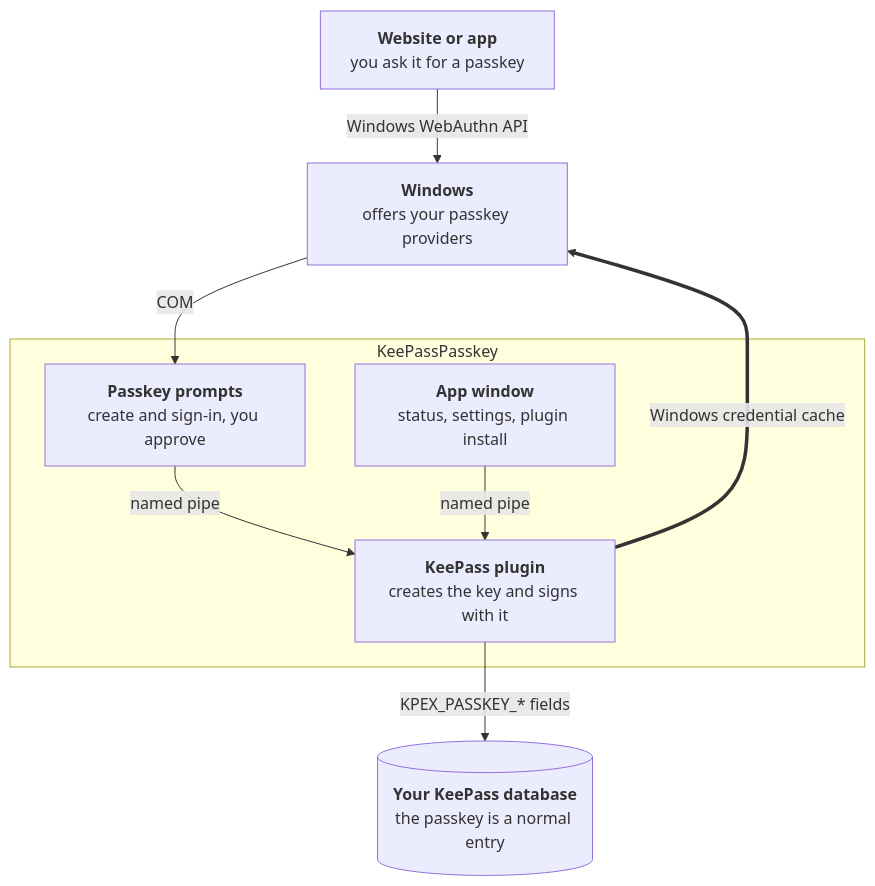
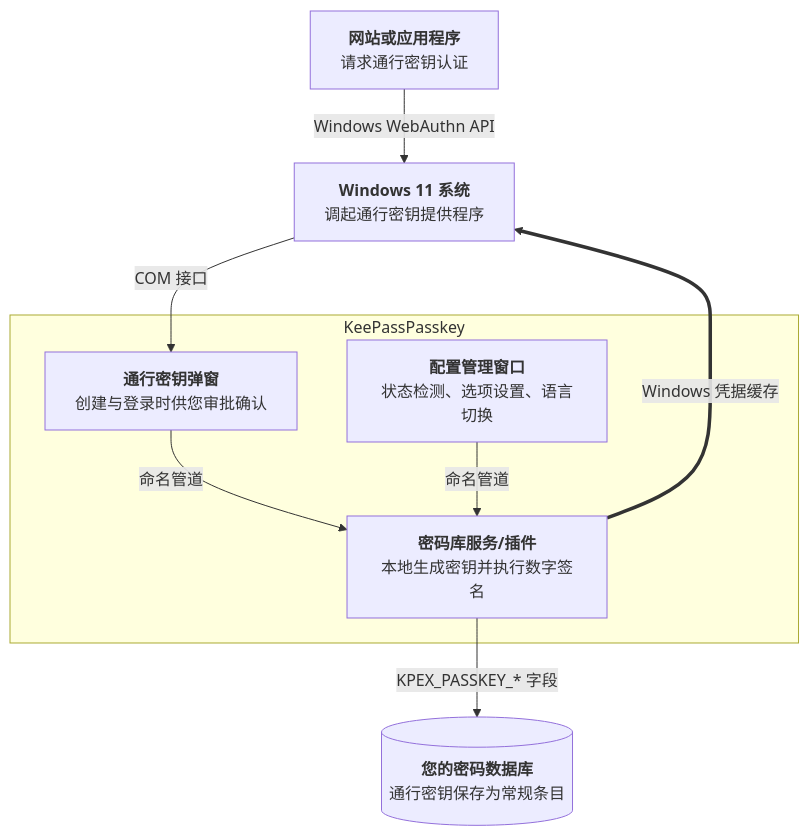
One commit to Heavrnl/KeePassPasskey changed the diagram in README.md. Above: the diagram before and after it, drawn with Mermaid. The commit also changed other lines of this file, not shown here.

````diff
--- a/README.md
+++ b/README.md
@@ -28,27 +61,27 @@
 ```mermaid
 %%{init: {'flowchart': {'useMaxWidth': false}}}%%
 flowchart TB
-    Site["`**Website or app**
-you ask it for a passkey`"]
-    Win["`**Windows**
-offers your passkey providers`"]
+    Site["`**网站或应用程序**
+请求通行密钥认证`"]
+    Win["`**Windows 11 系统**
+调起通行密钥提供程序`"]
 
     subgraph KPP ["KeePassPasskey"]
-        Prompt["`**Passkey prompts**
-create and sign-in, you approve`"]
-        UI["`**App window**
-status, settings, plugin install`"]
-        Plug["`**KeePass plugin**
-creates the key and signs with it`"]
+        Prompt["`**通行密钥弹窗**
+创建与登录时供您审批确认`"]
+        UI["`**配置管理窗口**
+状态检测、选项设置、语言切换`"]
+        Plug["`**密码库服务/插件**
+本地生成密钥并执行数字签名`"]
     end
 
-    DB[("`**Your KeePass database**
-the passkey is a normal entry`")]
+    DB[("`**您的密码数据库**
+通行密钥保存为常规条目`")]
 
     Site -->|Windows WebAuthn API| Win
-    Win -->|COM| Prompt
-    Prompt -->|named pipe| Plug
-    UI -->|named pipe| Plug
-    Plug -->|KPEX_PASSKEY_* fields| DB
-    Plug ==>|Windows credential cache| Win
+    Win -->|COM 接口| Prompt
+    Prompt -->|命名管道| Plug
+    UI -->|命名管道| Plug
+    Plug -->|KPEX_PASSKEY_* 字段| DB
+    Plug ==>|Windows 凭据缓存| Win
 ```
````
